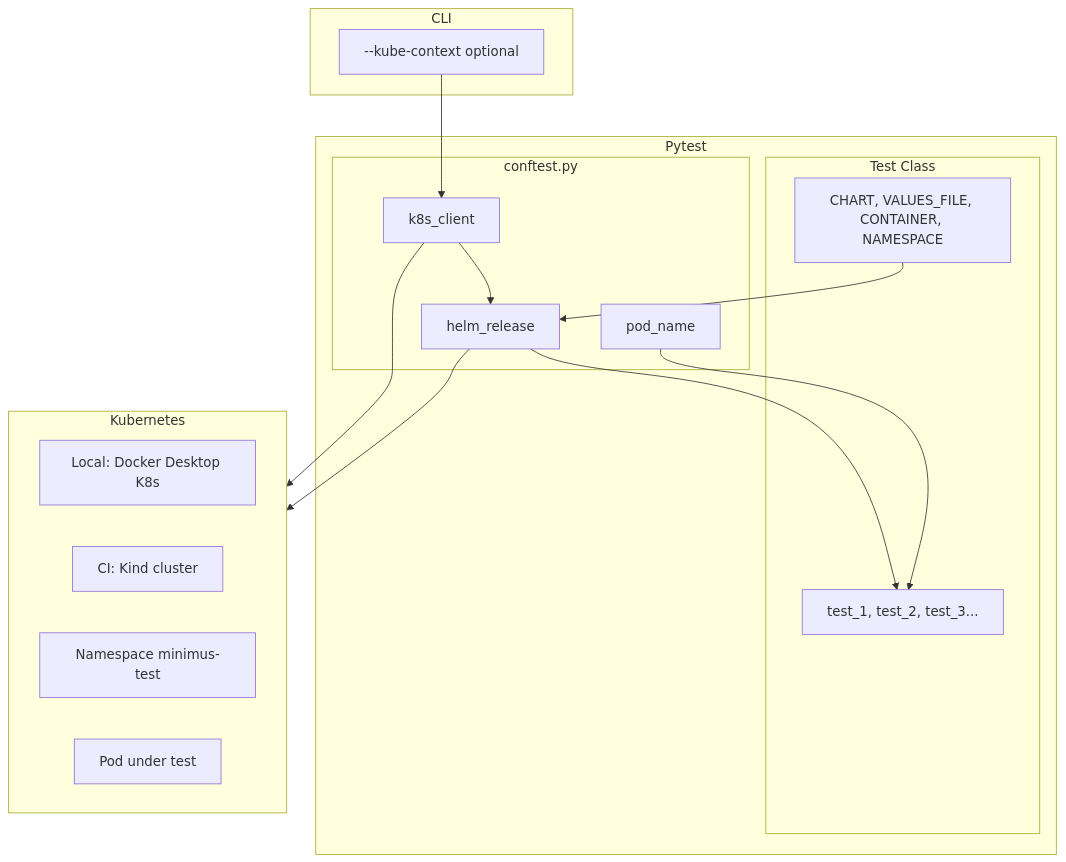
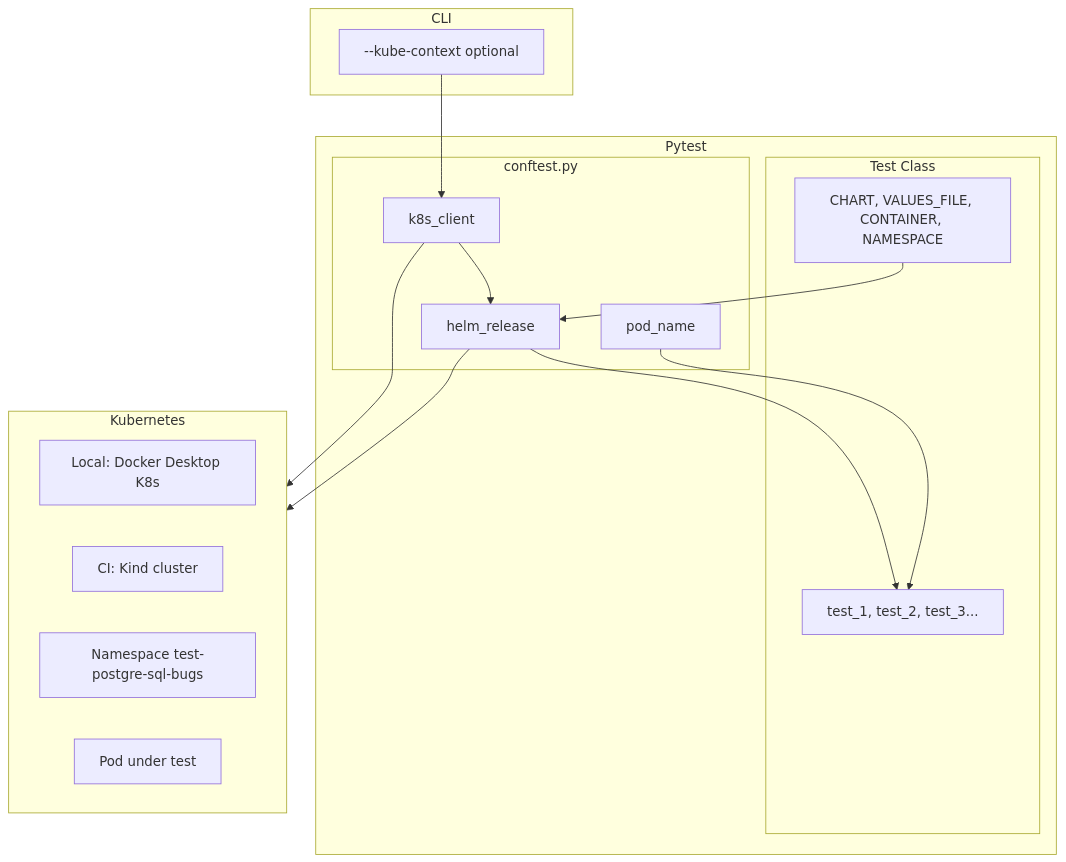
Before and after one commit to refeali-io/k8s-helm-image-validation: the diagram in README.md, drawn with Mermaid.

Commit message:
rename namespace

````diff
--- a/README.md
+++ b/README.md
@@ -54,33 +54,33 @@
 ```mermaid
 flowchart TB
     subgraph cli [CLI]
         kubeContext["--kube-context optional"]
     end
 
     subgraph pytest [Pytest]
         subgraph conftest [conftest.py]
             k8sClient[k8s_client]
             helmRelease[helm_release]
             podName[pod_name]
         end
         subgraph testClass [Test Class]
             classAttrs["CHART, VALUES_FILE, CONTAINER, NAMESPACE"]
             testMethods["test_1, test_2, test_3..."]
         end
     end
 
     subgraph k8s [Kubernetes]
         k8sLocal["Local: Docker Desktop K8s"]
         k8sCI["CI: Kind cluster"]
-        namespace[Namespace minimus-test]
+        namespace[Namespace test-postgre-sql-bugs]
         pod[Pod under test]
     end
 
     kubeContext --> k8sClient
     classAttrs --> helmRelease
     helmRelease --> testMethods
     k8sClient --> helmRelease
     podName --> testMethods
     k8sClient --> k8s
     helmRelease --> k8s
 ```
````
